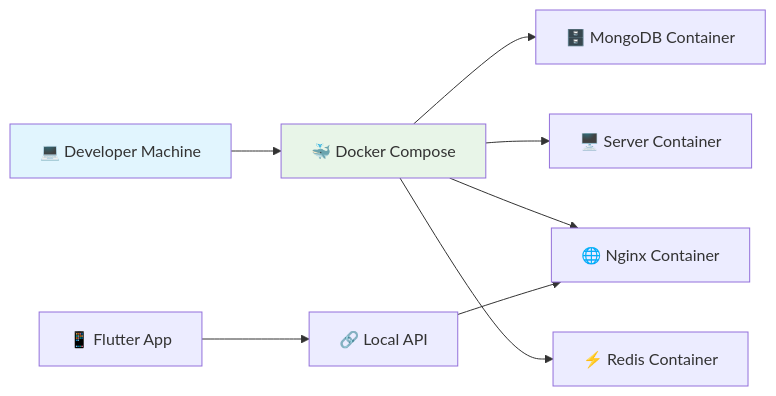
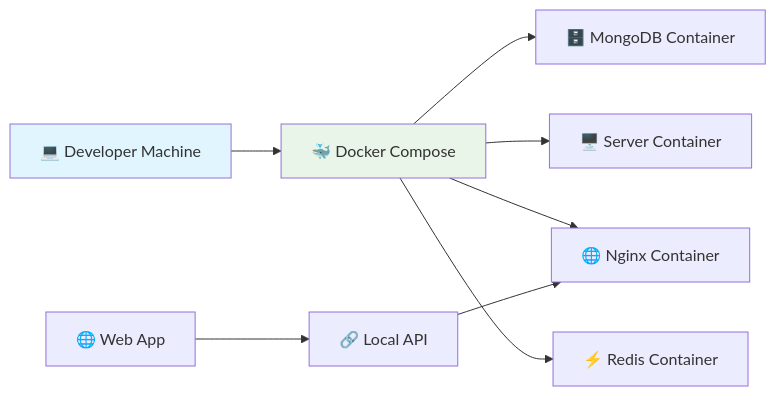
Diagram 14 of 22 in docs/architecture.md (TheusHen/roommate), drawn with Mermaid before and after one commit. The commit also changed other lines of this file and 8 other files, not shown here.

Commit message:
Update docs to reflect Flutter to web migration

````diff
--- a/docs/architecture.md
+++ b/docs/architecture.md
@@ -598,14 +596,14 @@
 ```mermaid
 graph LR
     A[💻 Developer Machine] --> B[🐳 Docker Compose]
     B --> C[🗄️ MongoDB Container]
     B --> D[🖥️ Server Container]
     B --> E[🌐 Nginx Container]
     B --> F[⚡ Redis Container]
     
-    G[📱 Flutter App] --> H[🔗 Local API]
+    G[🌐 Web App] --> H[🔗 Local API]
     H --> E
     
     style A fill:#e1f5fe
     style B fill:#e8f5e8
 ```
````
